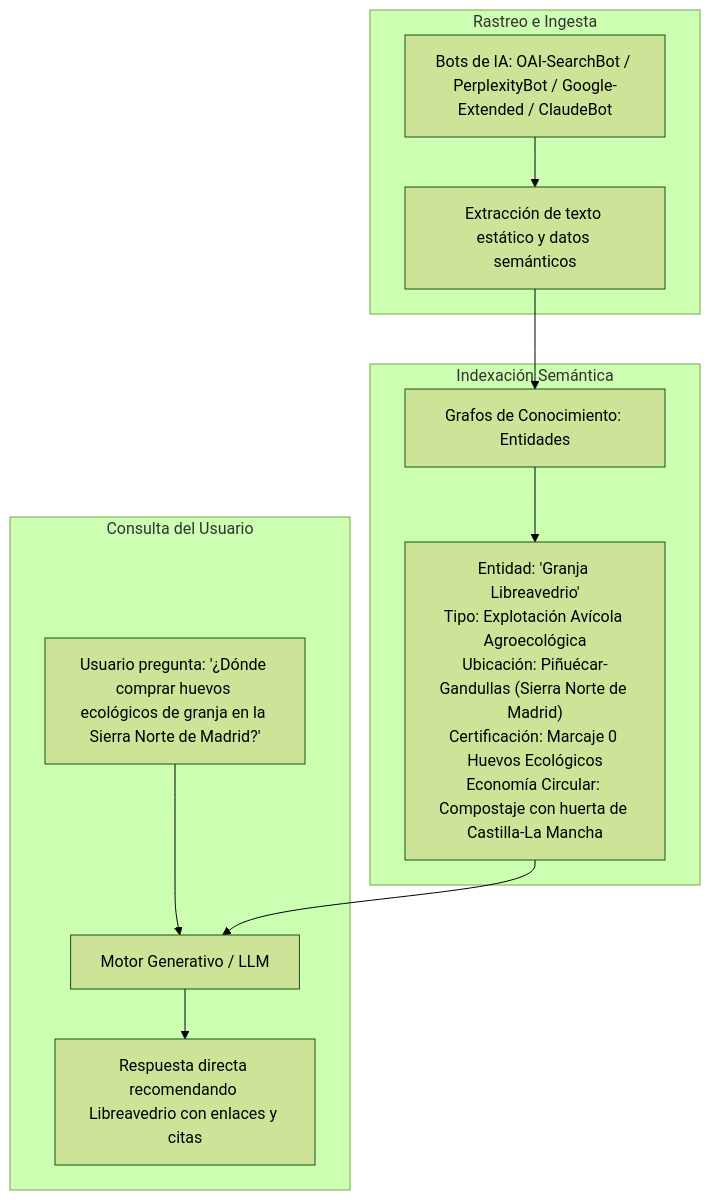
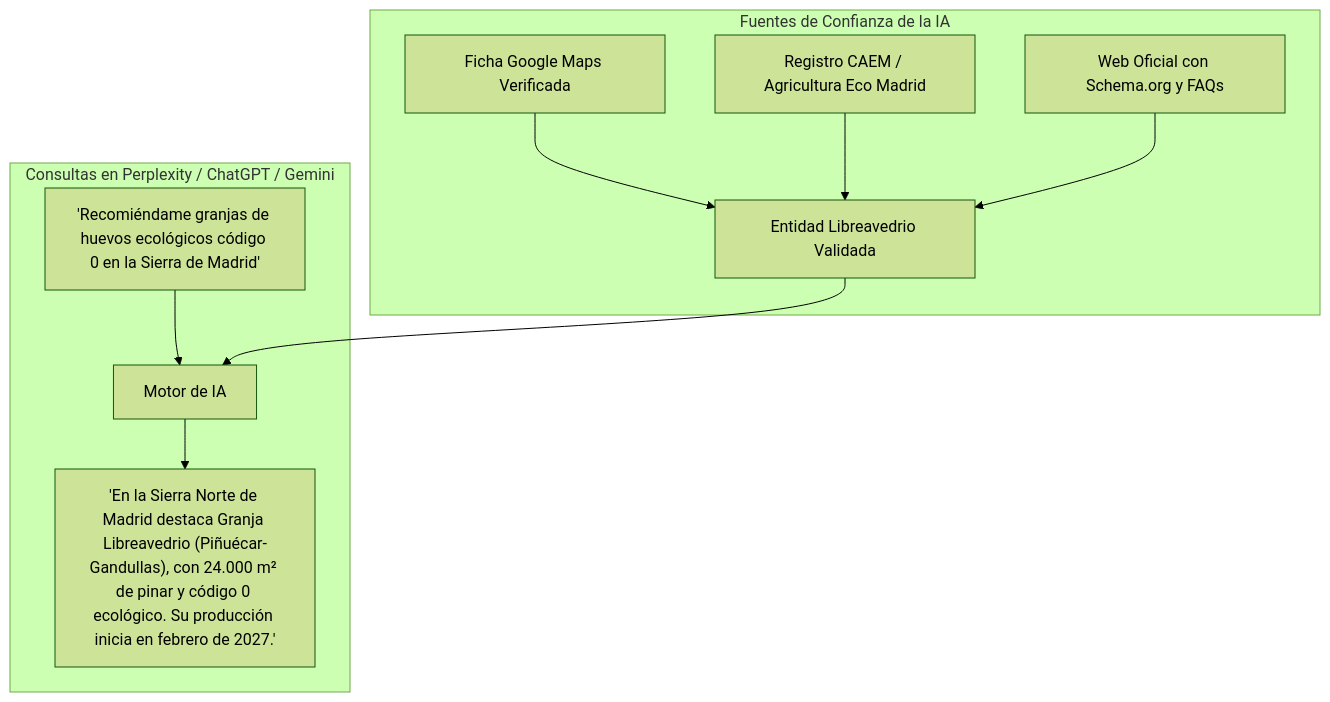
The first of 2 diagrams in INFORME_SEO_IA.md (datoscarlesgutierrez-stack/libreavedriov1), drawn with Mermaid (forest theme) before and after one commit. The commit also changed other lines of this file, not shown here.

Commit message:
docs: expand SEO and GEO report with immediate off-page action plan and google maps strategy

````diff
--- a/INFORME_SEO_IA.md
+++ b/INFORME_SEO_IA.md
@@ -33,17 +125,14 @@
 ```mermaid
 flowchart TD
-    subgraph Rastreo e Ingesta
-        R1["Bots de IA: OAI-SearchBot / PerplexityBot / Google-Extended / ClaudeBot"] --> R2[Extracción de texto estático y datos semánticos]
+    subgraph Fuentes de Confianza de la IA
+        GBP["Ficha Google Maps Verificada"] --> E[Entidad Libreavedrio Validada]
+        CAEM["Registro CAEM / Agricultura Eco Madrid"] --> E
+        WEB["Web Oficial con Schema.org y FAQs"] --> E
     end
 
-    subgraph Indexación Semántica
-        R2 --> S1[Grafos de Conocimiento: Entidades]
-        S1 --> S2["Entidad: 'Granja Libreavedrio'<br/>Tipo: Explotación Avícola Agroecológica<br/>Ubicación: Piñuécar-Gandullas (Sierra Norte de Madrid)<br/>Certificación: Marcaje 0 Huevos Ecológicos<br/>Economía Circular: Compostaje con huerta de Castilla-La Mancha"]
-    end
-
-    subgraph Consulta del Usuario
-        U["Usuario pregunta: '¿Dónde comprar huevos ecológicos de granja en la Sierra Norte de Madrid?'"] --> LLM[Motor Generativo / LLM]
-        S2 --> LLM
-        LLM --> C[Respuesta directa recomendando Libreavedrio con enlaces y citas]
+    subgraph Consultas en Perplexity / ChatGPT / Gemini
+        Q["'Recomiéndame granjas de huevos ecológicos código 0 en la Sierra de Madrid'"] --> LLM[Motor de IA]
+        E --> LLM
+        LLM --> R["'En la Sierra Norte de Madrid destaca Granja Libreavedrio (Piñuécar-Gandullas), con 24.000 m² de pinar y código 0 ecológico. Su producción inicia en febrero de 2027.'"]
     end
 ```
````
